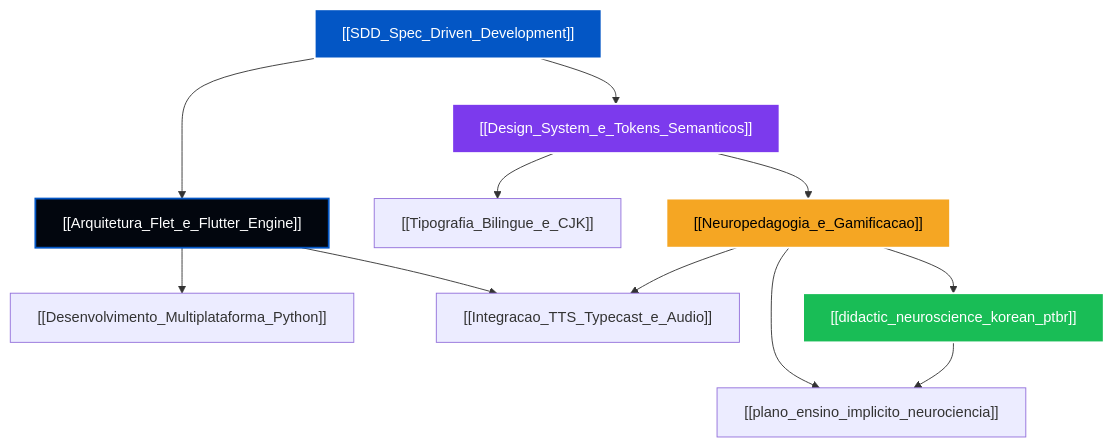
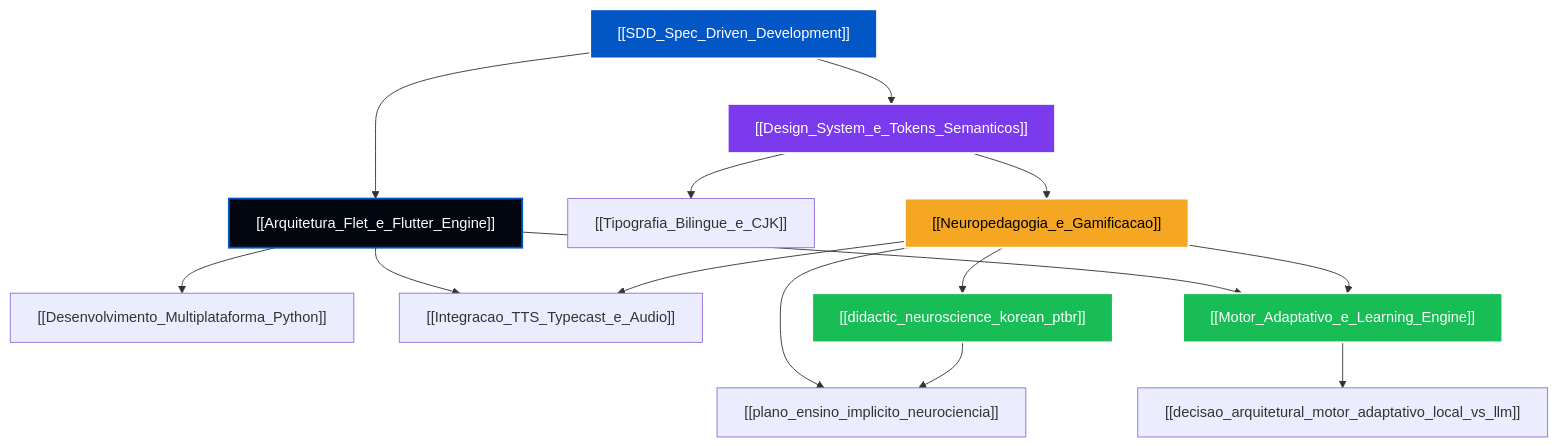
One commit to EvertonKaylon/sejong-companion changed the diagram in Documentacao/Conceitos/INDICE_CONCEITOS.md. Above: the diagram before and after it, drawn with Mermaid. The commit also changed other lines of this file and 292 other files, not shown here.

````diff
--- a/Documentacao/Conceitos/INDICE_CONCEITOS.md
+++ b/Documentacao/Conceitos/INDICE_CONCEITOS.md
@@ -15,36 +15,42 @@
 ```mermaid
 graph TD
-    %% Nós Príncipais de Conceitos
+    %% Nós Principais de Conceitos
     SDD["[[SDD_Spec_Driven_Development]]"] 
     DS["[[Design_System_e_Tokens_Semanticos]]"]
     ARCH["[[Arquitetura_Flet_e_Flutter_Engine]]"]
     MULTI["[[Desenvolvimento_Multiplataforma_Python]]"]
     AUDIO["[[Integracao_TTS_Typecast_e_Audio]]"]
     TYPO["[[Tipografia_Bilingue_e_CJK]]"]
     NEURO["[[Neuropedagogia_e_Gamificacao]]"]
+    ENGINE["[[Motor_Adaptativo_e_Learning_Engine]]"]
     DIDACTIC["[[didactic_neuroscience_korean_ptbr]]"]
     PLAN_IMP["[[plano_ensino_implicito_neurociencia]]"]
+    ADR["[[decisao_arquitetural_motor_adaptativo_local_vs_llm]]"]
 
     %% Conexões Metodológicas e Arquiteturais
     SDD --> DS
     SDD --> ARCH
     ARCH --> MULTI
     ARCH --> AUDIO
+    ARCH --> ENGINE
+    ENGINE --> ADR
 
     %% Conexões de Design e UI/UX
     DS --> TYPO
     DS --> NEURO
 
     %% Conexões Pedagógicas e Neurocientíficas
     NEURO --> DIDACTIC
     NEURO --> PLAN_IMP
     DIDACTIC --> PLAN_IMP
     NEURO --> AUDIO
+    NEURO --> ENGINE
 
     %% Estilização do Grafo
     style SDD fill:#0356C5,stroke:#fff,stroke-width:2px,color:#fff
     style DS fill:#7C3AED,stroke:#fff,stroke-width:2px,color:#fff
     style ARCH fill:#02060E,stroke:#0356C5,stroke-width:2px,color:#fff
     style NEURO fill:#F5A623,stroke:#fff,stroke-width:2px,color:#000
+    style ENGINE fill:#19BD56,stroke:#fff,stroke-width:2px,color:#fff
     style DIDACTIC fill:#19BD56,stroke:#fff,stroke-width:2px,color:#fff
 ```
````
